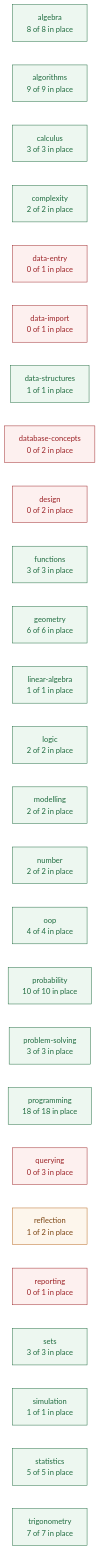
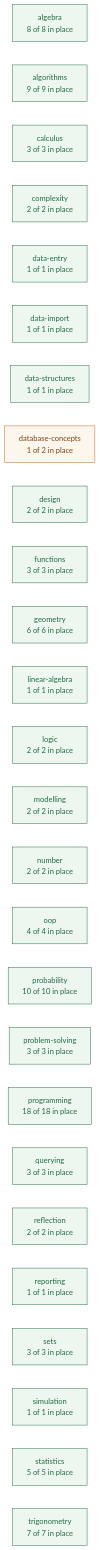
The first of 3 diagrams in planning/CURRICULUM_MAP.md (deweydex/dewlab), drawn with Mermaid before and after one commit. The commit also changed other lines of this file and 13 other files, not shown here.

````diff
--- a/planning/CURRICULUM_MAP.md
+++ b/planning/CURRICULUM_MAP.md
@@ -58,36 +58,35 @@
 ```mermaid
 graph LR
   algebra["algebra<br/>8 of 8 in place"]
   algorithms["algorithms<br/>9 of 9 in place"]
   calculus["calculus<br/>3 of 3 in place"]
   complexity["complexity<br/>2 of 2 in place"]
-  data_entry["data-entry<br/>0 of 1 in place"]
-  data_import["data-import<br/>0 of 1 in place"]
+  data_entry["data-entry<br/>1 of 1 in place"]
+  data_import["data-import<br/>1 of 1 in place"]
   data_structures["data-structures<br/>1 of 1 in place"]
-  database_concepts["database-concepts<br/>0 of 2 in place"]
-  design["design<br/>0 of 2 in place"]
+  database_concepts["database-concepts<br/>1 of 2 in place"]
+  design["design<br/>2 of 2 in place"]
   functions["functions<br/>3 of 3 in place"]
   geometry["geometry<br/>6 of 6 in place"]
   linear_algebra["linear-algebra<br/>1 of 1 in place"]
   logic["logic<br/>2 of 2 in place"]
   modelling["modelling<br/>2 of 2 in place"]
   number["number<br/>2 of 2 in place"]
   oop["oop<br/>4 of 4 in place"]
   probability["probability<br/>10 of 10 in place"]
   problem_solving["problem-solving<br/>3 of 3 in place"]
   programming["programming<br/>18 of 18 in place"]
-  querying["querying<br/>0 of 3 in place"]
-  reflection["reflection<br/>1 of 2 in place"]
-  reporting["reporting<br/>0 of 1 in place"]
+  querying["querying<br/>3 of 3 in place"]
+  reflection["reflection<br/>2 of 2 in place"]
+  reporting["reporting<br/>1 of 1 in place"]
   sets["sets<br/>3 of 3 in place"]
   simulation["simulation<br/>1 of 1 in place"]
   statistics["statistics<br/>5 of 5 in place"]
   trigonometry["trigonometry<br/>7 of 7 in place"]
 
   classDef full fill:#edf7f0,stroke:#1f6b3f,color:#1f6b3f;
   classDef part fill:#fdf6ec,stroke:#b5651d,color:#7a4310;
   classDef none fill:#fdf0ef,stroke:#9b2226,color:#9b2226;
-  class algebra,algorithms,calculus,complexity,data_structures,functions,geometry,linear_algebra,logic,modelling,number,oop,probability,problem_solving,programming,sets,simulation,statistics,trigonometry full;
-  class reflection part;
-  class data_entry,data_import,database_concepts,design,querying,reporting none;
+  class algebra,algorithms,calculus,complexity,data_entry,data_import,data_structures,design,functions,geometry,linear_algebra,logic,modelling,number,oop,probability,problem_solving,programming,querying,reflection,reporting,sets,simulation,statistics,trigonometry full;
+  class database_concepts part;
 ```
````
